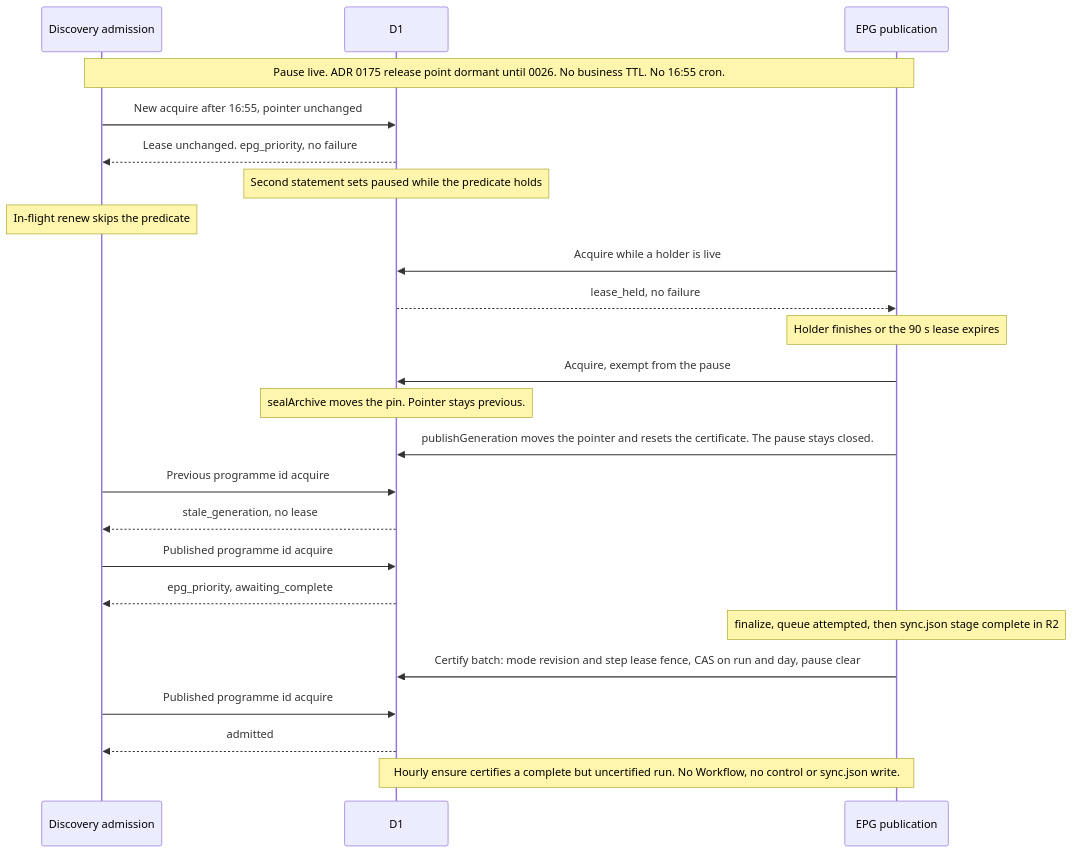
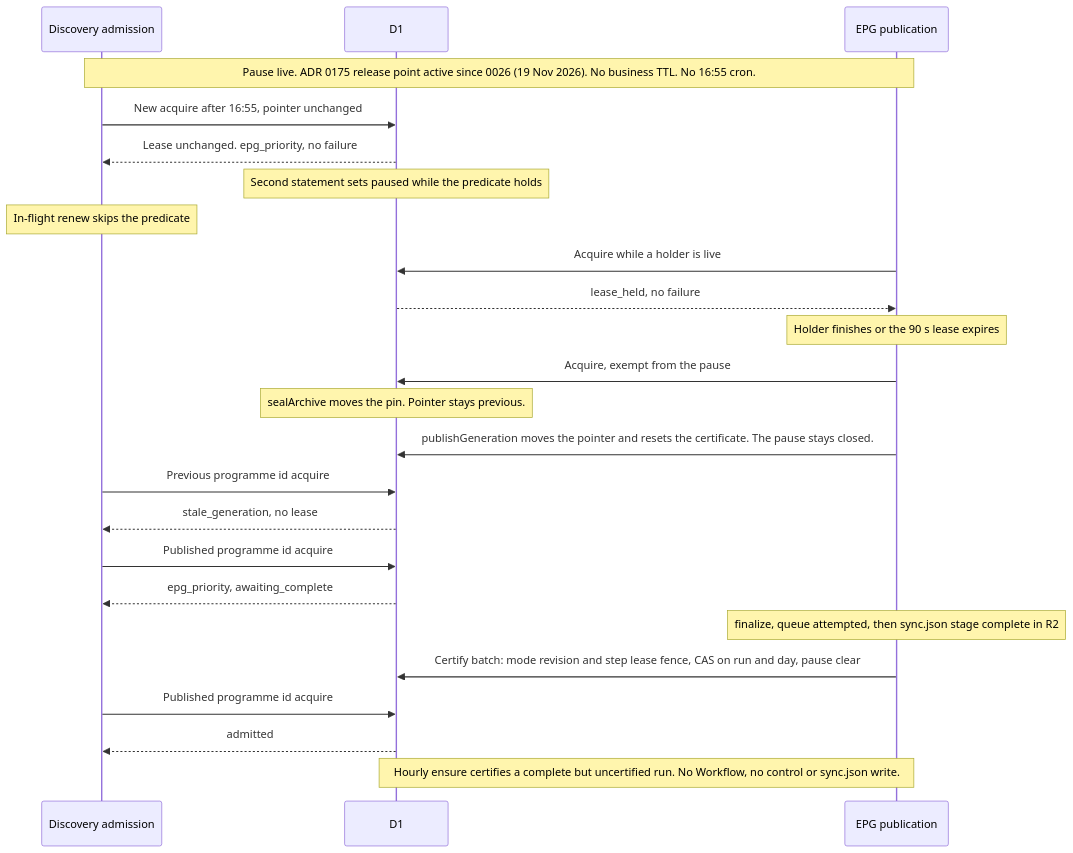
One commit to vladimino/iptv-watchlist changed the sixth of 13 diagrams in docs/architecture/scheduling-and-orchestration.md. Above: the diagram before and after it, drawn with Mermaid. The commit also changed other lines of this file and 4 other files, not shown here.

````diff
--- a/docs/architecture/scheduling-and-orchestration.md
+++ b/docs/architecture/scheduling-and-orchestration.md
@@ -202,26 +202,26 @@
 ```mermaid
 sequenceDiagram
     participant Disc as Discovery admission
     participant D1 as D1
     participant EPG as EPG publication
-    Note over Disc,EPG: Pause live. ADR 0175 release point dormant until 0026. No business TTL. No 16:55 cron.
+    Note over Disc,EPG: Pause live. ADR 0175 release point active since 0026 (19 Nov 2026). No business TTL. No 16:55 cron.
     Disc->>D1: New acquire after 16:55, pointer unchanged
     D1-->>Disc: Lease unchanged. epg_priority, no failure
     Note over D1: Second statement sets paused while the predicate holds
     Note over Disc: In-flight renew skips the predicate
     EPG->>D1: Acquire while a holder is live
     D1-->>EPG: lease_held, no failure
     Note over EPG: Holder finishes or the 90 s lease expires
     EPG->>D1: Acquire, exempt from the pause
     Note over D1: sealArchive moves the pin. Pointer stays previous.
     EPG->>D1: publishGeneration moves the pointer and resets the certificate. The pause stays closed.
     Disc->>D1: Previous programme id acquire
     D1-->>Disc: stale_generation, no lease
     Disc->>D1: Published programme id acquire
     D1-->>Disc: epg_priority, awaiting_complete
     Note over EPG: finalize, queue attempted, then sync.json stage complete in R2
     EPG->>D1: Certify batch: mode revision and step lease fence, CAS on run and day, pause clear
     Disc->>D1: Published programme id acquire
     D1-->>Disc: admitted
     Note over EPG,D1: Hourly ensure certifies a complete but uncertified run. No Workflow, no control or sync.json write.
 ```
````
